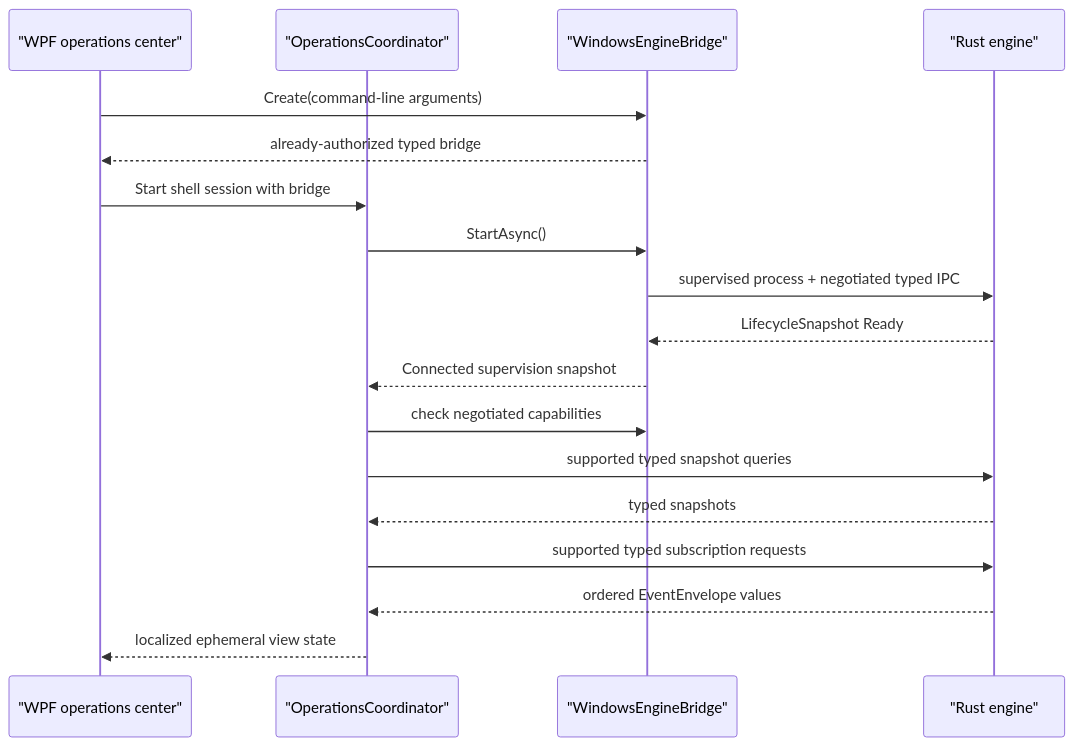
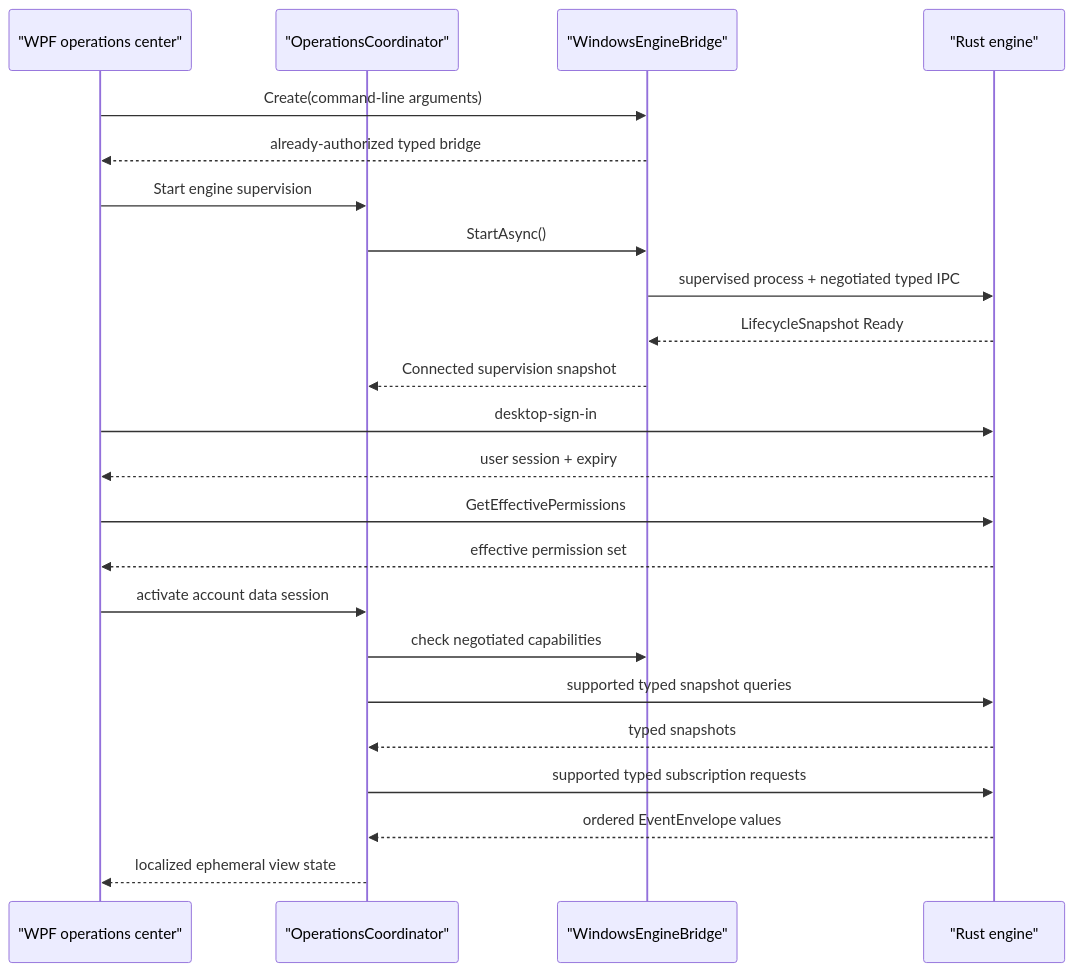
Before and after one commit to HusseinBaraja/Eitmad: the diagram in docs/developer/subsystems/windows-native-shell.md, drawn with Mermaid. The commit also changed other lines of this file and 29 other files, not shown here.

````diff
--- a/docs/developer/subsystems/windows-native-shell.md
+++ b/docs/developer/subsystems/windows-native-shell.md
@@ -88,20 +99,25 @@
 ```mermaid
 sequenceDiagram
     participant UI as "WPF operations center"
     participant Coordinator as "OperationsCoordinator"
     participant Adapter as "WindowsEngineBridge"
     participant Engine as "Rust engine"
     UI->>Adapter: Create(command-line arguments)
     Adapter-->>UI: already-authorized typed bridge
-    UI->>Coordinator: Start shell session with bridge
+    UI->>Coordinator: Start engine supervision
     Coordinator->>Adapter: StartAsync()
     Adapter->>Engine: supervised process + negotiated typed IPC
     Engine-->>Adapter: LifecycleSnapshot Ready
     Adapter-->>Coordinator: Connected supervision snapshot
+    UI->>Engine: desktop-sign-in
+    Engine-->>UI: user session + expiry
+    UI->>Engine: GetEffectivePermissions
+    Engine-->>UI: effective permission set
+    UI->>Coordinator: activate account data session
     Coordinator->>Adapter: check negotiated capabilities
     Coordinator->>Engine: supported typed snapshot queries
     Engine-->>Coordinator: typed snapshots
     Coordinator->>Engine: supported typed subscription requests
     Engine-->>Coordinator: ordered EventEnvelope values
     Coordinator-->>UI: localized ephemeral view state
 ```
````
